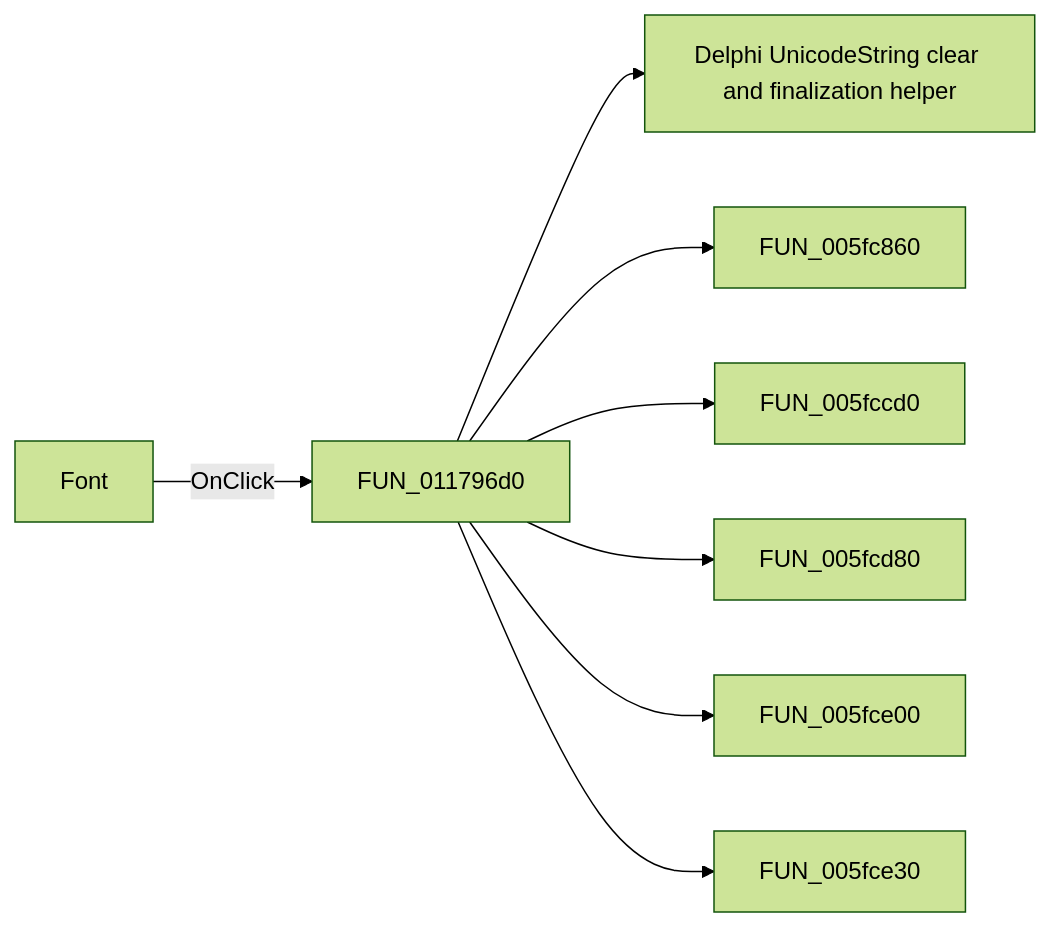
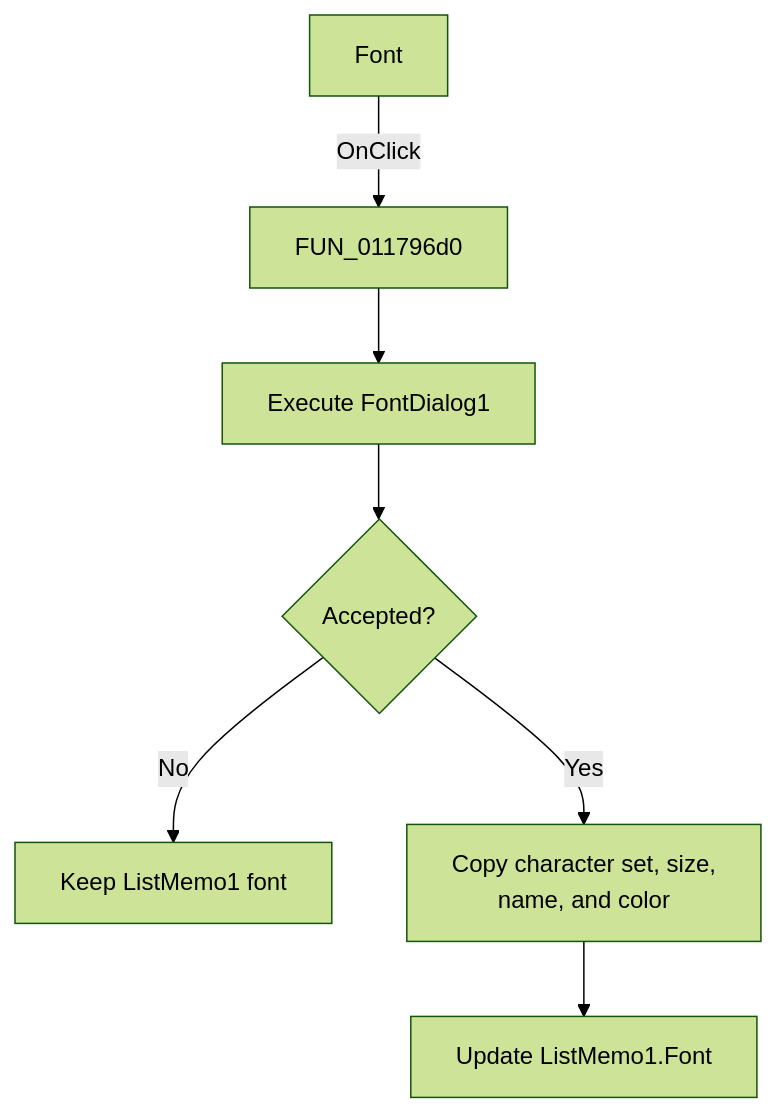
Before and after one commit to MovGP0/TIARA: the diagram in docs/ui-controls/response-form1/fonttype4-6551941d2c.md, drawn with Mermaid (forest theme). The commit also changed other lines of this file and 1062 other files, not shown here.

````diff
--- a/docs/ui-controls/response-form1/fonttype4-6551941d2c.md
+++ b/docs/ui-controls/response-form1/fonttype4-6551941d2c.md
@@ -27,10 +27,9 @@
 ```mermaid
-flowchart LR
+flowchart TD
     control["Font"] -->|OnClick| handler["FUN_011796d0"]
-    handler --> call1["Delphi UnicodeString clear and finalization helper"]
-    handler --> call2["FUN_005fc860"]
-    handler --> call3["FUN_005fccd0"]
-    handler --> call4["FUN_005fcd80"]
-    handler --> call5["FUN_005fce00"]
-    handler --> call6["FUN_005fce30"]
+    handler --> dialog["Execute FontDialog1"]
+    dialog --> accepted{"Accepted?"}
+    accepted -->|No| keep["Keep ListMemo1 font"]
+    accepted -->|Yes| copy["Copy character set, size,<br/>name, and color"]
+    copy --> target["Update ListMemo1.Font"]
 ```
````
